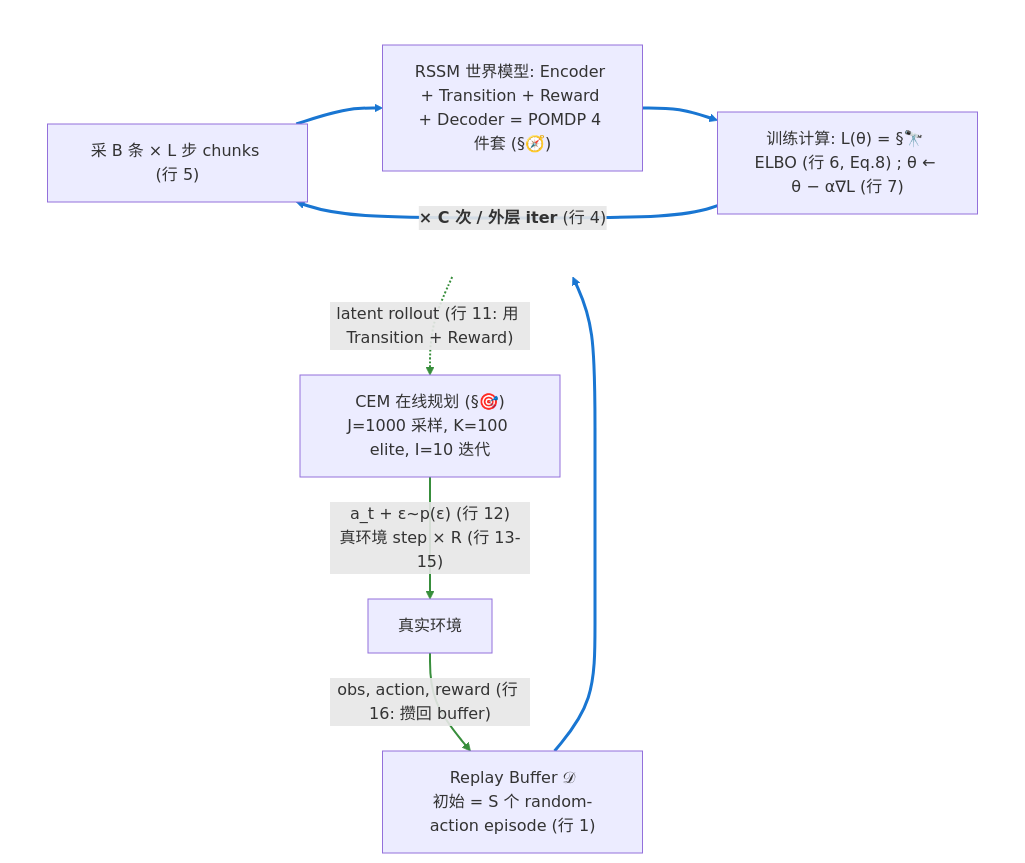
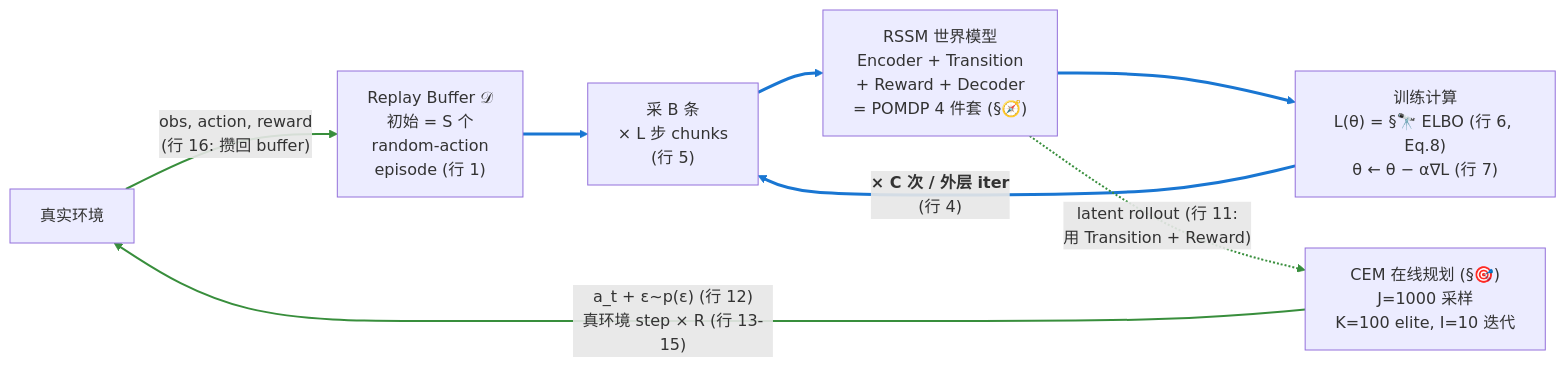
One commit to jinxinzhou/world-model-study changed the seventh of 7 diagrams in World-Model-学习笔记.md. Above: the diagram before and after it, drawn with Mermaid. The commit also changed other lines of this file and 1 other file, not shown here.

Commit message:
docs: switch bird's-eye mermaid to global LR layout, enlarge algo image to 700px
Subgraph-level 'direction LR' wasn't honored by the renderer, so nodes
were still stacked vertically. Move to flowchart LR globally with
multi-line labels to keep each box narrow. Bump td widths to 60/40 and
algorithm image back up to 700px for readability.

````diff
--- a/World-Model-学习笔记.md
+++ b/World-Model-学习笔记.md
@@ -2154,32 +2154,25 @@
 ```mermaid
-flowchart TD
+flowchart LR
     Env["真实环境"]
-    Buffer["Replay Buffer 𝒟<br/>初始 = S 个 random-action episode (行 1)"]
+    Buffer["Replay Buffer 𝒟<br/>初始 = S 个<br/>random-action<br/>episode (行 1)"]
+    Sample["采 B 条<br/>× L 步 chunks<br/>(行 5)"]
+    RSSM["RSSM 世界模型<br/>Encoder + Transition<br/>+ Reward + Decoder<br/>= POMDP 4 件套 (§🧭)"]
+    Train["训练计算<br/>L(θ) = §🔭 ELBO (行 6, Eq.8)<br/>θ ← θ − α∇L (行 7)"]
+    CEM["CEM 在线规划 (§🎯)<br/>J=1000 采样<br/>K=100 elite, I=10 迭代"]
 
-    subgraph A_phase [" "]
-        direction LR
-        Sample["采 B 条 × L 步 chunks (行 5)"]
-        RSSM["RSSM 世界模型: Encoder + Transition + Reward + Decoder = POMDP 4 件套 (§🧭)"]
-        Train["训练计算: L(θ) = §🔭 ELBO (行 6, Eq.8) ; θ ← θ − α∇L (行 7)"]
-        Train -->|"<b>× C 次 / 外层 iter</b> (行 4)"| Sample
-        Sample --> RSSM
-        RSSM --> Train
-    end
-
-    CEM["CEM 在线规划 (§🎯)<br/>J=1000 采样, K=100 elite, I=10 迭代"]
-
-    Env -->|"obs, action, reward (行 16: 攒回 buffer)"| Buffer
+    Env -->|"obs, action, reward<br/>(行 16: 攒回 buffer)"| Buffer
     Buffer --> Sample
-    RSSM -.->|"latent rollout (行 11: 用 Transition + Reward)"| CEM
+    Sample --> RSSM
+    RSSM --> Train
+    Train -->|"<b>× C 次 / 外层 iter</b><br/>(行 4)"| Sample
+    RSSM -.->|"latent rollout (行 11:<br/>用 Transition + Reward)"| CEM
     CEM -->|"a_t + ε~p(ε) (行 12)<br/>真环境 step × R (行 13-15)"| Env
 
-    style A_phase fill:transparent,stroke:transparent
-
-    linkStyle 0 stroke:#1976d2,stroke-width:3px
+    linkStyle 0 stroke:#388e3c,stroke-width:2px
     linkStyle 1 stroke:#1976d2,stroke-width:3px
     linkStyle 2 stroke:#1976d2,stroke-width:3px
-    linkStyle 3 stroke:#388e3c,stroke-width:2px
+    linkStyle 3 stroke:#1976d2,stroke-width:3px
     linkStyle 4 stroke:#1976d2,stroke-width:3px
     linkStyle 5 stroke:#388e3c,stroke-width:2px
     linkStyle 6 stroke:#388e3c,stroke-width:2px
 ```
````
